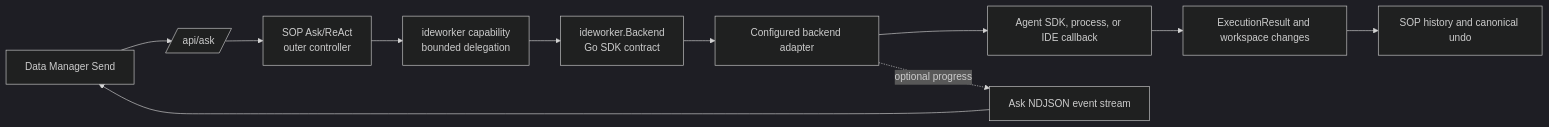
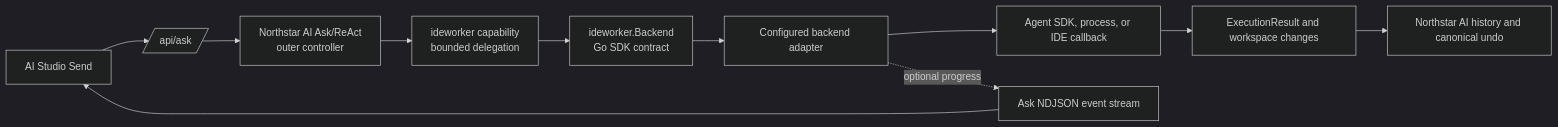
Before and after one commit to grecinto/sop: the first of 3 diagrams in docs/IDE_COPILOT_INTEGRATION_GUIDE.md, drawn with Mermaid (dark theme). The commit also changed other lines of this file and 50 other files, not shown here.

Commit message:
Rebranded: Northstar AI, Joltrin SDK, AI Studio

````diff
--- a/docs/IDE_COPILOT_INTEGRATION_GUIDE.md
+++ b/docs/IDE_COPILOT_INTEGRATION_GUIDE.md
@@ -9,13 +9,13 @@
 ```mermaid
 flowchart LR
-  USER[Data Manager Send] --> ASKAPI[/api/ask/]
-  ASKAPI --> ASK[SOP Ask/ReAct<br/>outer controller]
+  USER[AI Studio Send] --> ASKAPI[/api/ask/]
+  ASKAPI --> ASK[Northstar AI Ask/ReAct<br/>outer controller]
   ASK --> CAP[ideworker capability<br/>bounded delegation]
   CAP --> PORT[ideworker.Backend<br/>Go SDK contract]
   PORT --> ADAPTER[Configured backend adapter]
   ADAPTER --> AGENT[Agent SDK, process, or IDE callback]
   AGENT --> RESULT[ExecutionResult and workspace changes]
-  RESULT --> SOP[SOP history and canonical undo]
+  RESULT --> NORTHSTAR[Northstar AI history and canonical undo]
   ADAPTER -. "optional progress" .-> STREAM[Ask NDJSON event stream]
   STREAM --> USER
 ```
````
